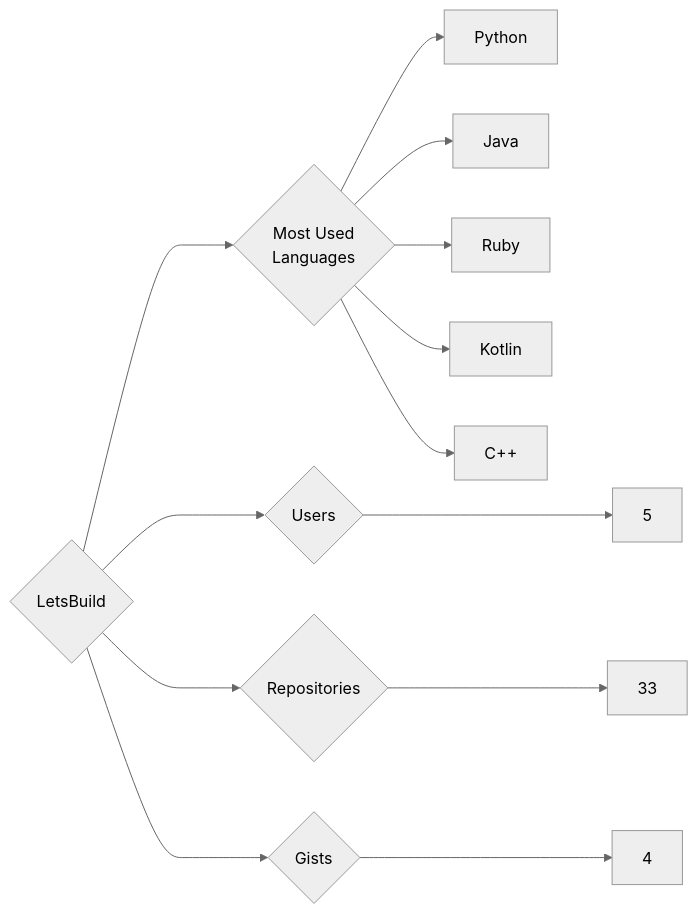
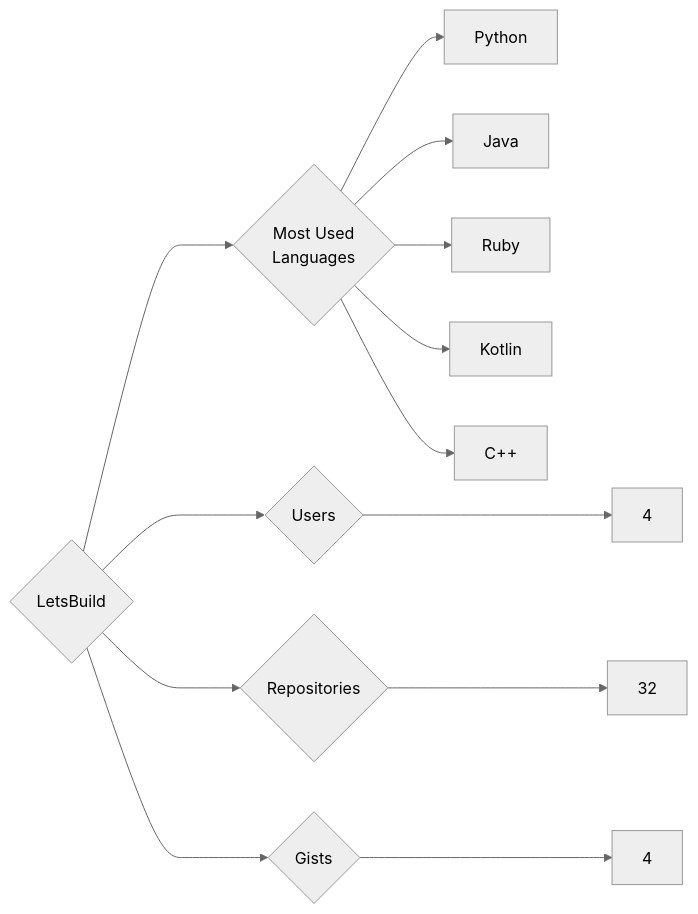
Before and after one commit to trickest/insiders: the diagram in targets/LetsBuild/README.md, drawn with Mermaid (neutral theme). The commit also changed 871 other files, not shown here.

````diff
--- a/targets/LetsBuild/README.md
+++ b/targets/LetsBuild/README.md
@@ -3,13 +3,13 @@
 ```mermaid
 graph LR
 COMPANY_NAME{LetsBuild}
-COMPANY_NAME ---> U{Users} ---> UN[5]
-COMPANY_NAME ---> R{Repositories} ---> RN[33]
+COMPANY_NAME ---> U{Users} ---> UN[4]
+COMPANY_NAME ---> R{Repositories} ---> RN[32]
 COMPANY_NAME ---> G{Gists} ---> GN[4]
 COMPANY_NAME ---> ML{Most Used<br>Languages}
 ML --> Python[Python]
 ML --> Java[Java]
 ML --> Ruby[Ruby]
 ML --> Kotlin[Kotlin]
 ML --> C++[C++]
 ```
````
